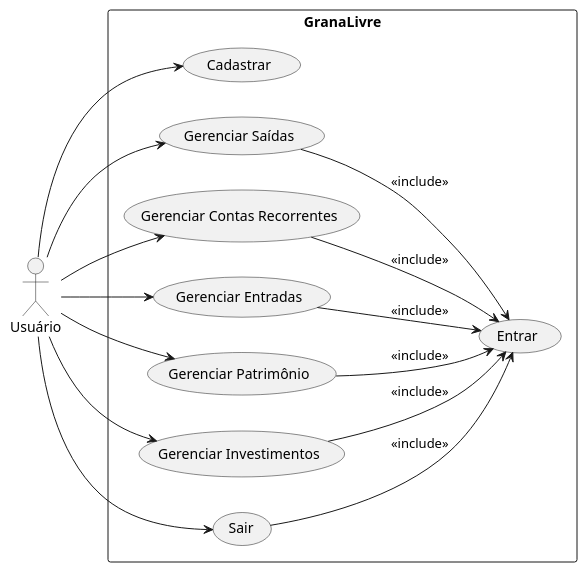
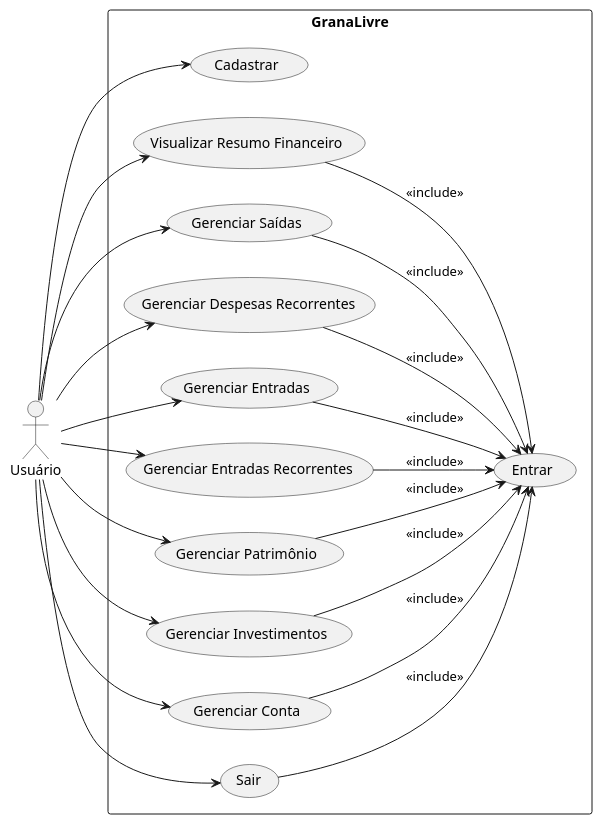
Before and after one commit to fromcaio/granalivre: the diagram in doc/diagramas/diagrama-casos-de-uso.plantuml, drawn with PlantUML. The commit also changed 8 other files, not shown here.

Commit message:
versao atualizada do diagrama de casos de um, versao exportada. O diagrama também foi adicionado a documentação e as telas até a 4 foram revisadas.

```diff
--- a/doc/diagramas/diagrama-casos-de-uso.plantuml
+++ b/doc/diagramas/diagrama-casos-de-uso.plantuml
@@ -1,31 +1,45 @@
 @startuml GranaLivreUseCases
 left to right direction
 
 actor "Usuário" as User
 
 rectangle "GranaLivre" {
     usecase "Entrar" as UC_Entrar
     usecase "Cadastrar" as UC_Cadastrar
-    usecase "Gerenciar Saídas" as UC_Gerenciar_Saídas
-    usecase "Gerenciar Contas Recorrentes" as UC_Gerenciar_Contas_Recorrentes
-    usecase "Gerenciar Entradas" as UC_Gerenciar_Entradas
-    usecase "Gerenciar Patrimônio" as UC_Gerenciar_Patrimonio
-    usecase "Gerenciar Investimentos" as UC_Gerenciar_Investimentos
+    usecase "Visualizar Resumo Financeiro" as UC_Resumo
+    usecase "Gerenciar Saídas" as UC_Saidas
+    usecase "Gerenciar Despesas Recorrentes" as UC_DespesasRec
+    usecase "Gerenciar Entradas" as UC_Entradas
+    usecase "Gerenciar Entradas Recorrentes" as UC_EntradasRec
+    usecase "Gerenciar Patrimônio" as UC_Patrimonio
+    usecase "Gerenciar Investimentos" as UC_Investimentos
+    ' usecase "Liquidar Investimento" as UC_LiquidarInvest
+    usecase "Gerenciar Conta" as UC_Conta
     usecase "Sair" as UC_Sair
 
-    UC_Gerenciar_Saídas --> UC_Entrar : <<include>>
-    UC_Gerenciar_Contas_Recorrentes --> UC_Entrar : <<include>>
-    UC_Gerenciar_Entradas --> UC_Entrar : <<include>>
-    UC_Gerenciar_Patrimonio --> UC_Entrar : <<include>>
-    UC_Gerenciar_Investimentos --> UC_Entrar : <<include>>
+    ' Relacionamentos de inclusão
+    UC_Saidas --> UC_Entrar : <<include>>
+    UC_DespesasRec --> UC_Entrar : <<include>>
+    UC_Entradas --> UC_Entrar : <<include>>
+    UC_EntradasRec --> UC_Entrar : <<include>>
+    UC_Patrimonio --> UC_Entrar : <<include>>
+    UC_Investimentos --> UC_Entrar : <<include>>
+    UC_Resumo --> UC_Entrar : <<include>>
+    ' UC_LiquidarInvest --> UC_Investimentos : <<extend>>
     UC_Sair --> UC_Entrar : <<include>>
+    UC_Conta --> UC_Entrar : <<include>>
 }
 
+' Associações com o usuário
 User --> UC_Cadastrar
-User --> UC_Gerenciar_Saídas
-User --> UC_Gerenciar_Contas_Recorrentes
-User --> UC_Gerenciar_Entradas
-User --> UC_Gerenciar_Patrimonio
-User --> UC_Gerenciar_Investimentos
+User --> UC_Resumo
+User --> UC_Saidas
+User --> UC_DespesasRec
+User --> UC_Entradas
+User --> UC_EntradasRec
+User --> UC_Patrimonio
+User --> UC_Investimentos
 User --> UC_Sair
+User --> UC_Conta
+
 @enduml
```
